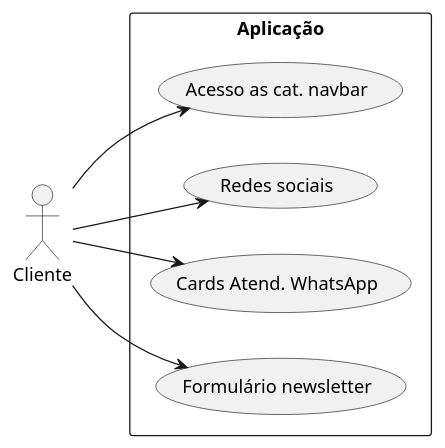
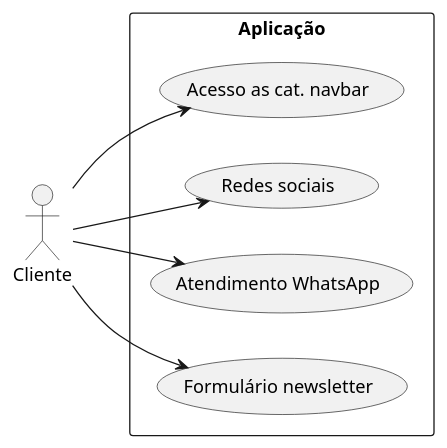
One commit to Lucas-Ed/grupo-02_pi changed the diagram in Diagramas/casos_de_uso.plantuml. Above: the diagram before and after it, drawn with PlantUML. The commit also changed 7 other files, not shown here.

Commit message:
Add photos Diagrams && Add @fe.r0cha archive Readme.md

```diff
--- a/Diagramas/casos_de_uso.plantuml
+++ b/Diagramas/casos_de_uso.plantuml
@@ -2,18 +2,18 @@
 @startuml
 left to right direction
 actor "Cliente" as cliente
 rectangle Aplicação {
   usecase "Acesso as cat. navbar" as categorias_produtos
   usecase "Redes sociais" as redes
-  usecase "Cards Atend. WhatsApp" as zap
+  usecase "Atendimento WhatsApp" as zap
   usecase "Formulário newsletter" as newsletter
 
 
 
 }
 
 cliente --> categorias_produtos
 cliente --> redes
 cliente --> zap
 cliente --> newsletter
 @enduml
```
